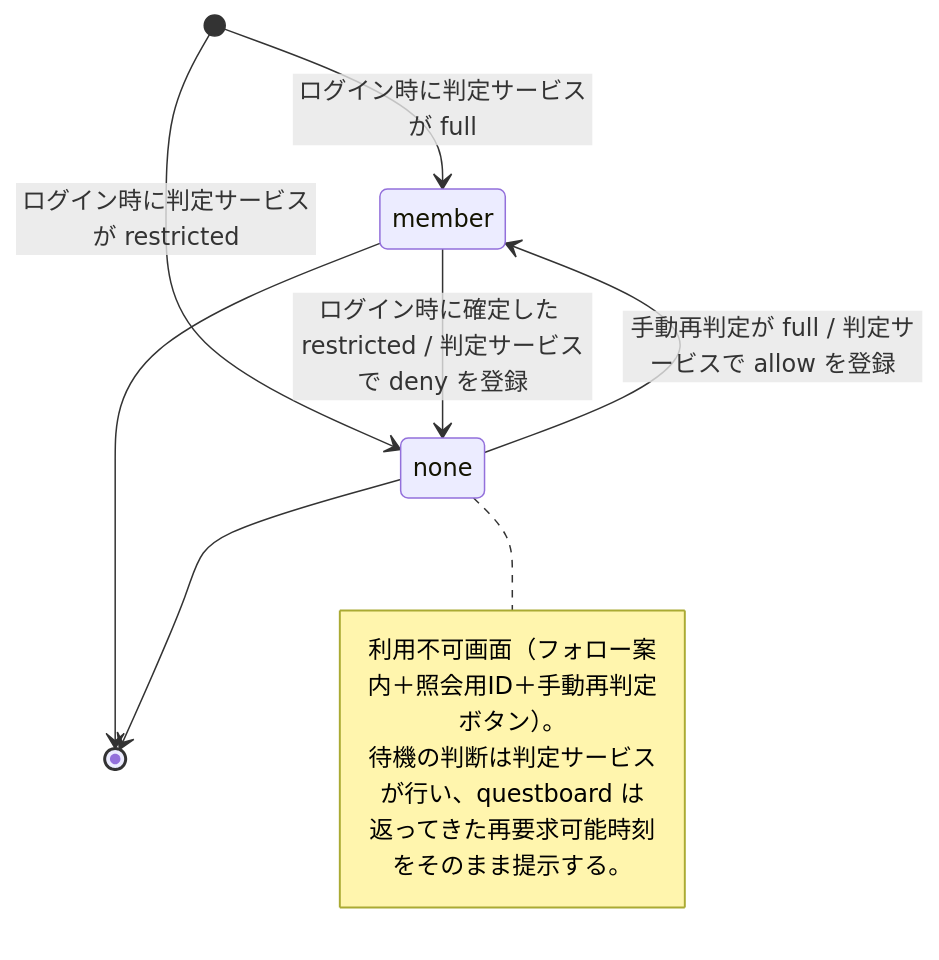
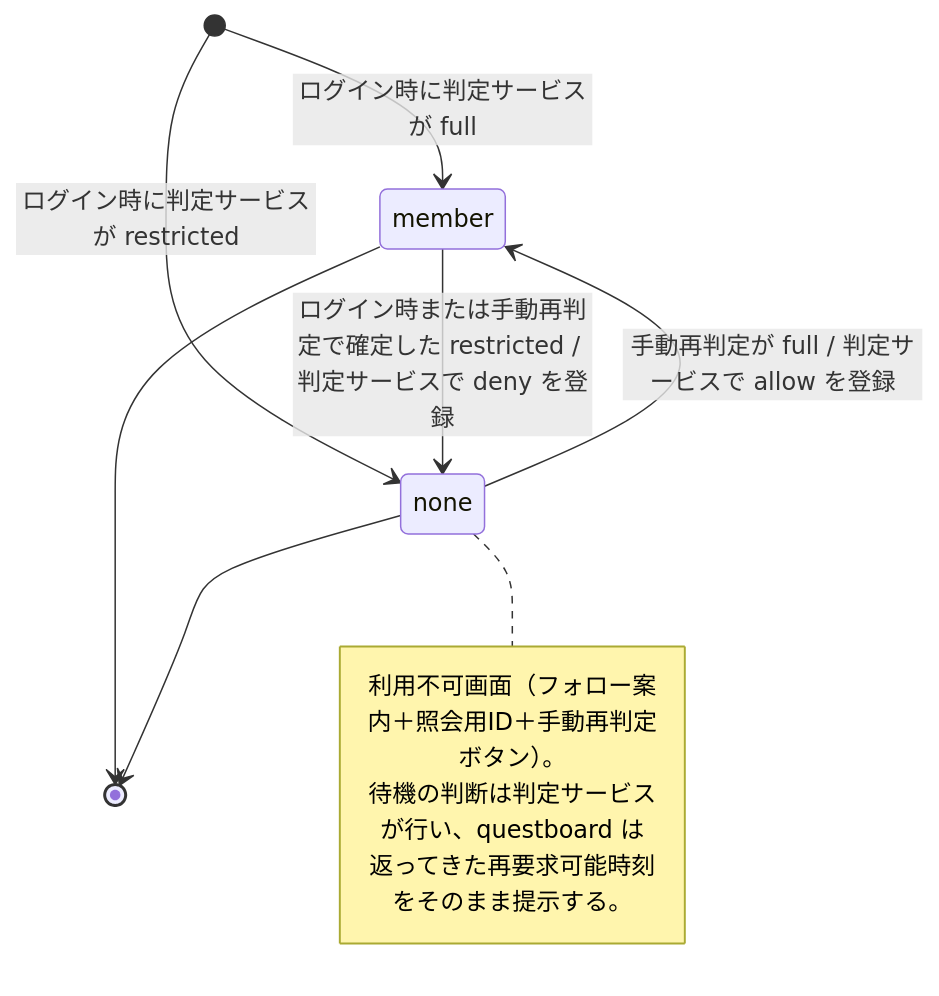
One commit to rictaworks/questboard changed diagram 11 of 12 in questboard_design_document.md. Above: the diagram before and after it, drawn with Mermaid. The commit also changed other lines of this file and 1 other file, not shown here.

````diff
--- a/questboard_design_document.md
+++ b/questboard_design_document.md
@@ -609,15 +611,15 @@
 ```mermaid
 stateDiagram-v2
     [*] --> member : ログイン時に判定サービスが full
     [*] --> none : ログイン時に判定サービスが restricted
     none --> member : 手動再判定が full / 判定サービスで allow を登録
-    member --> none : ログイン時に確定した restricted / 判定サービスで deny を登録
+    member --> none : ログイン時または手動再判定で確定した restricted / 判定サービスで deny を登録
     member --> [*]
     none --> [*]
 
     note right of none
         利用不可画面（フォロー案内＋照会用ID＋手動再判定ボタン）。
         待機の判断は判定サービスが行い、questboard は
         返ってきた再要求可能時刻をそのまま提示する。
     end note
 ```
````
